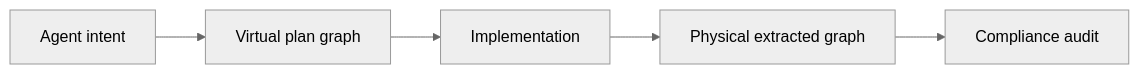
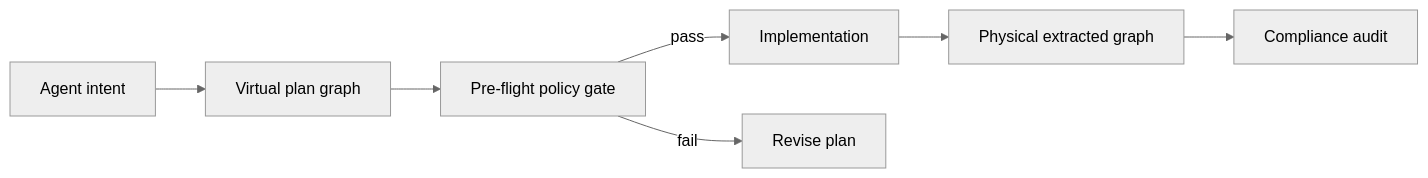
Before and after one commit to lambda-alpha-labs/Graphenium: the diagram in docs/HARNESS_ADAPTER.md, drawn with Mermaid (neutral theme). The commit also changed other lines of this file and 18 other files, not shown here.

First line of the commit message:
Add pre-flight architecture policy validation and document it

````diff
--- a/docs/HARNESS_ADAPTER.md
+++ b/docs/HARNESS_ADAPTER.md
@@ -57,7 +60,9 @@
 ```mermaid
 graph LR
     A[Agent intent] --> B[Virtual plan graph]
-    B --> C[Implementation]
+    B --> P[Pre-flight policy gate]
+    P -->|pass| C[Implementation]
+    P -->|fail| R[Revise plan]
     C --> D[Physical extracted graph]
     D --> E[Compliance audit]
 ```
````
